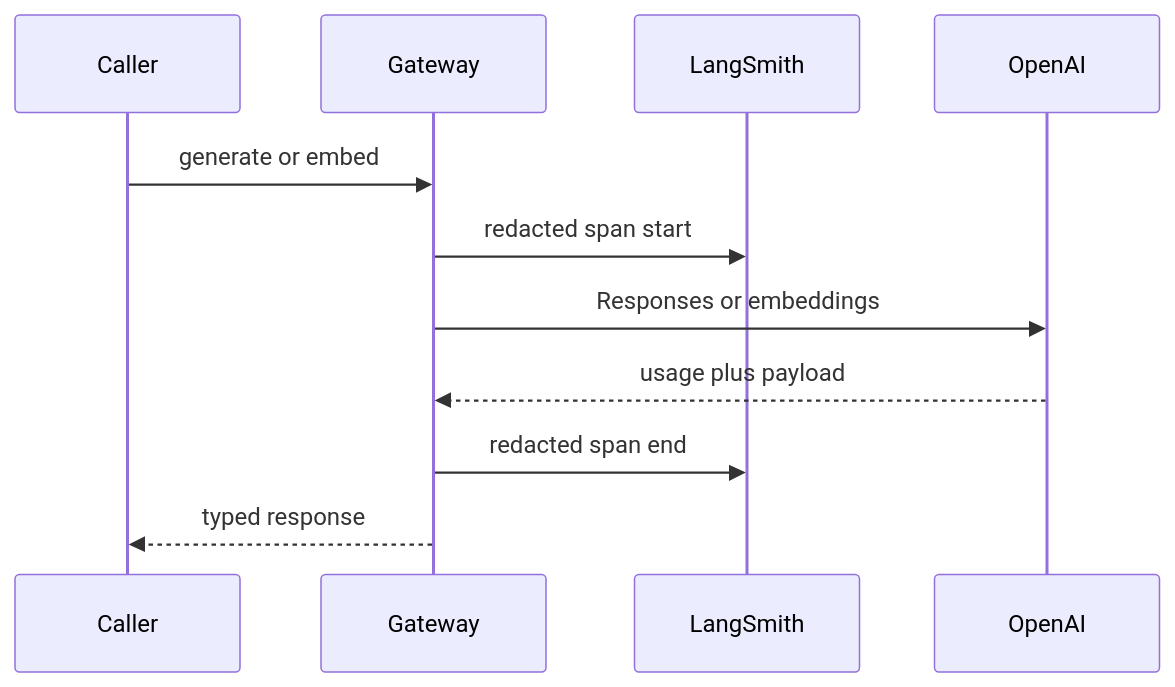
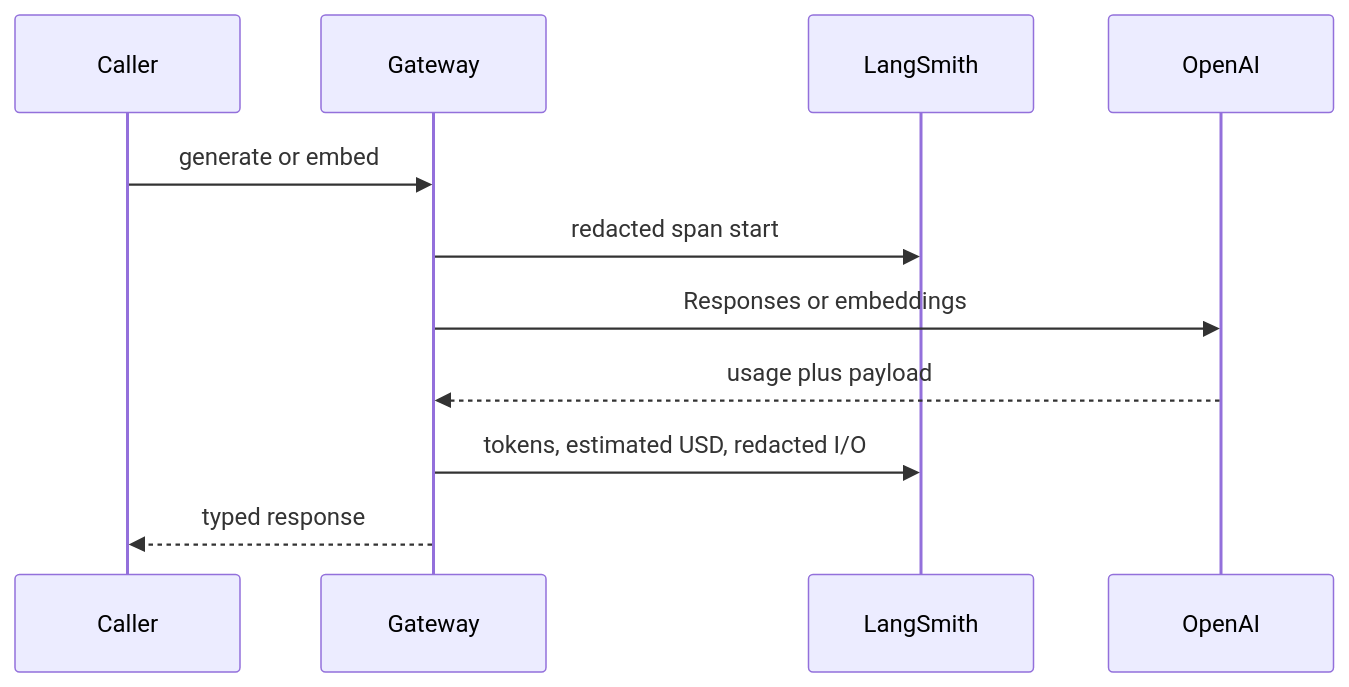
The second of 3 diagrams in docs/development/LANGSMITH_TRACING.md (Nagdy8888/smart-rag), drawn with Mermaid before and after one commit. The commit also changed other lines of this file and 43 other files, not shown here.

````diff
--- a/docs/development/LANGSMITH_TRACING.md
+++ b/docs/development/LANGSMITH_TRACING.md
@@ -93,13 +110,13 @@
 ```mermaid
 sequenceDiagram
   participant Caller
   participant Gateway
   participant LangSmith
   participant OpenAI
   Caller->>Gateway: generate or embed
   Gateway->>LangSmith: redacted span start
   Gateway->>OpenAI: Responses or embeddings
   OpenAI-->>Gateway: usage plus payload
-  Gateway->>LangSmith: redacted span end
+  Gateway->>LangSmith: tokens, estimated USD, redacted I/O
   Gateway-->>Caller: typed response
 ```
````
